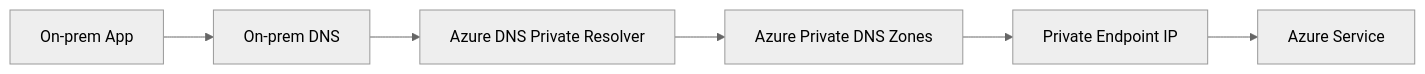
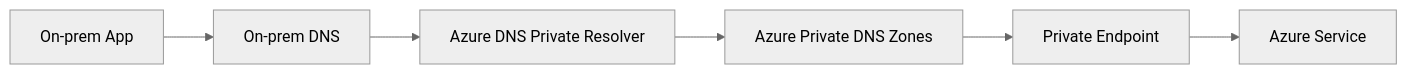
The fourth of 4 diagrams in blog/AI Compliance Blog/AI_Compliance_Blog_with_Mermaid.md (appliedailearner/upendra_kumar_portfolio), drawn with Mermaid (neutral theme) before and after one commit. The commit also changed other lines of this file and 3 other files, not shown here.

Commit message:
Principal Overhaul: Implemented Architect's Split UI, Cinematic Animations, and L67 Refinement

````diff
--- a/blog/AI Compliance Blog/AI_Compliance_Blog_with_Mermaid.md
+++ b/blog/AI Compliance Blog/AI_Compliance_Blog_with_Mermaid.md
@@ -102,8 +137,8 @@
 ```mermaid
 flowchart LR
     OP[On-prem App] --> OD[On-prem DNS]
     OD --> R[Azure DNS Private Resolver]
     R --> Z[Azure Private DNS Zones]
-    Z --> PE[Private Endpoint IP]
+    Z --> PE[Private Endpoint]
     PE --> SVC[Azure Service]
 ```
````
